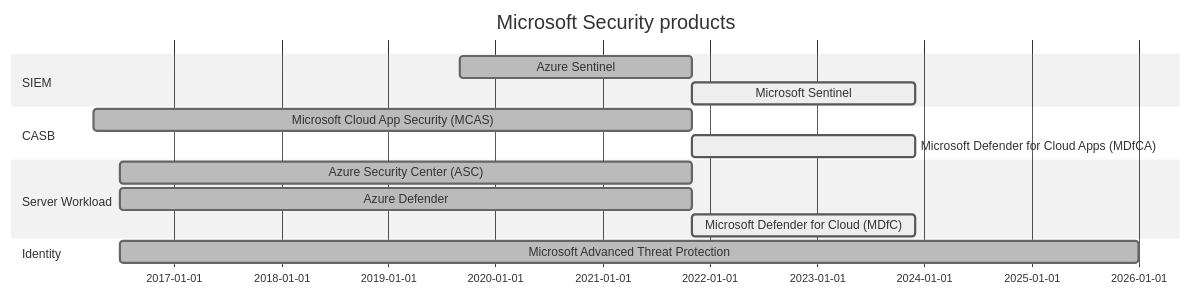
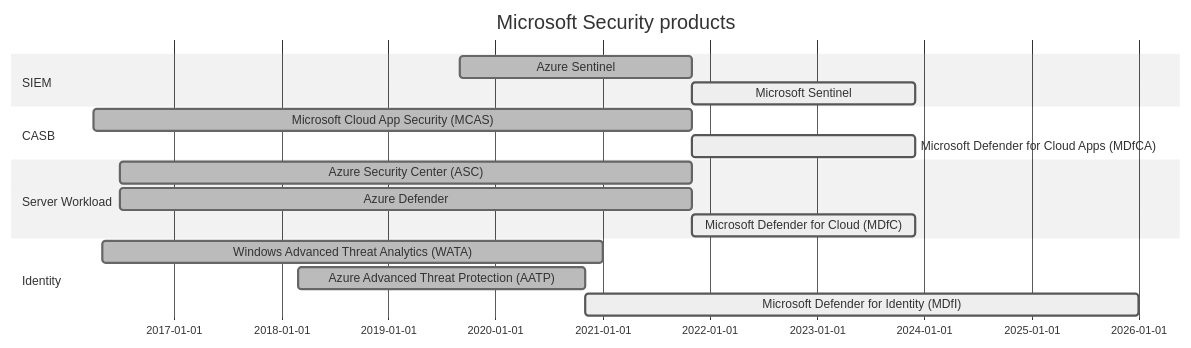
Before and after one commit to jlaundry/MicrosoftNaming: the second of 5 diagrams in README.md, drawn with Mermaid (neutral theme).

````diff
--- a/README.md
+++ b/README.md
@@ -33,23 +33,25 @@
 ```mermaid
 gantt
 dateFormat  YYYY-MM
 title Microsoft Security products
 excludes weekdays 2010-01-01
 
 section SIEM
 Azure Sentinel                            :done,   asentinel, 2019-09, 2021-11
 Microsoft Sentinel                        :active, msentinel, 2021-11, 2023-12
 
 section CASB
 Microsoft Cloud App Security (MCAS)       :done,        mcas, 2016-04, 2021-11
 Microsoft Defender for Cloud Apps (MDfCA) :active,     mdfca, 2021-11, 2023-12
 
 section Server Workload
 Azure Security Center (ASC)               :done,         asc, 2016-07, 2021-11
 Azure Defender                            :done,      azured, 2016-07, 2021-11
 Microsoft Defender for Cloud (MDfC)       :active,      mdfc, 2021-11, 2023-12
 
 section Identity
-Microsoft Advanced Threat Protection      :done,        matp, 2016-07, 2026-01
+Windows Advanced Threat Analytics (WATA)  :done,        wata, 2016-05, 2021-01
+Azure Advanced Threat Protection (AATP)   :done,        aatp, 2018-03, 2020-11
+Microsoft Defender for Identity (MDfI)    :active,      mdfi, 2020-11, 2026-01
 
 ```
````
